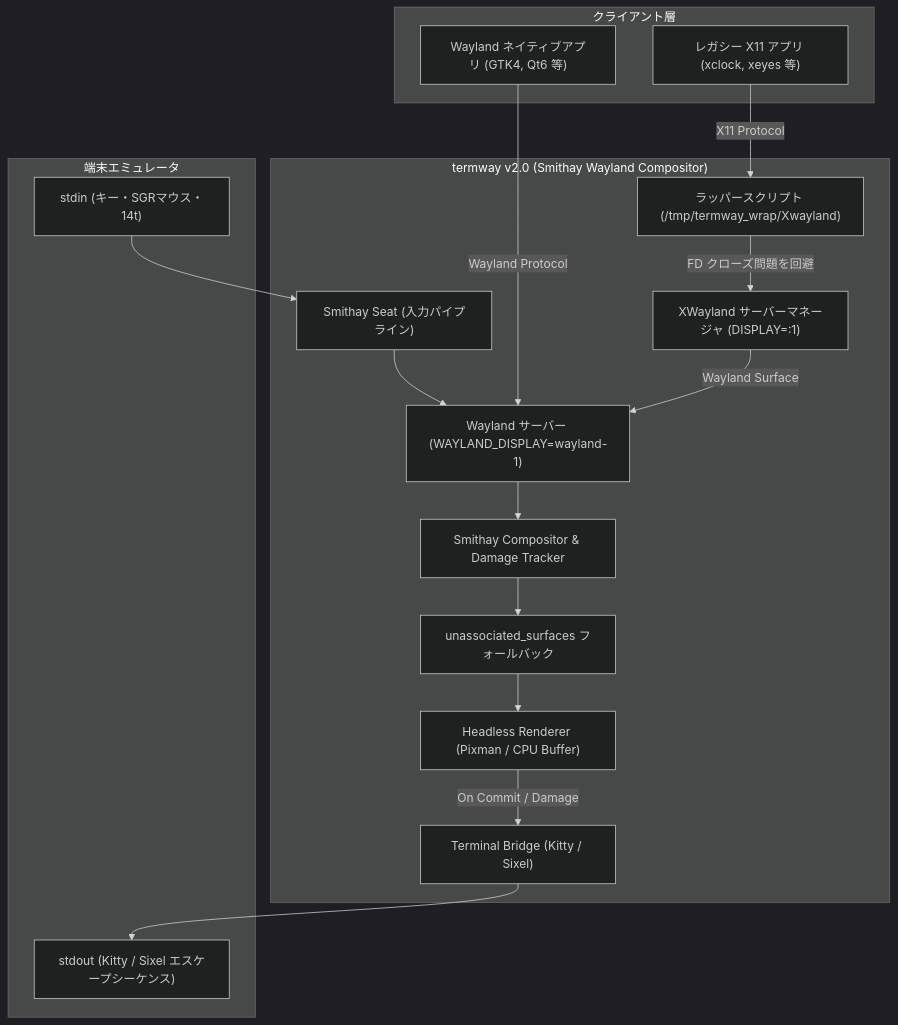
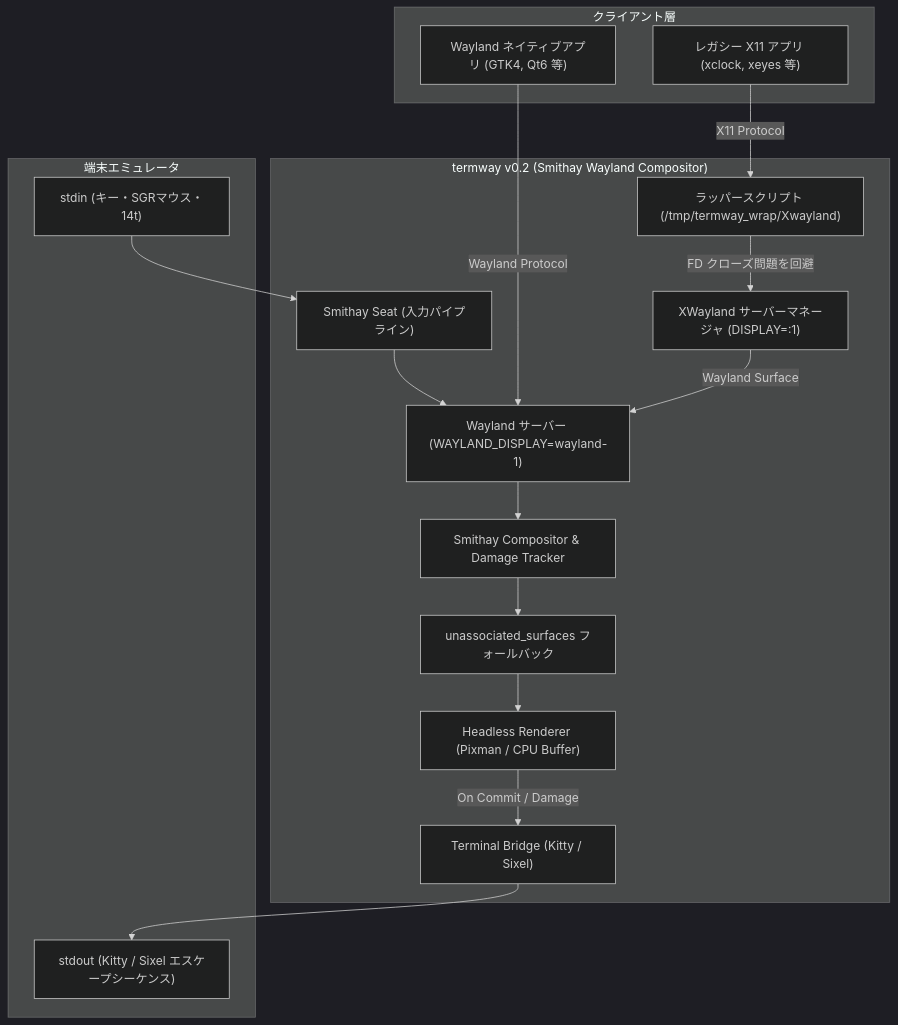
One commit to totatake/termway changed the third of 4 diagrams in docs/ARCHITECTURE.md. Above: the diagram before and after it, drawn with Mermaid (dark theme). The commit also changed other lines of this file and 3 other files, not shown here.

````diff
--- a/docs/ARCHITECTURE.md
+++ b/docs/ARCHITECTURE.md
@@ -232,35 +232,35 @@
 ```mermaid
 flowchart TD
     subgraph Clients["クライアント層"]
         WApp["Wayland ネイティブアプリ (GTK4, Qt6 等)"]
         XApp["レガシー X11 アプリ (xclock, xeyes 等)"]
     end
 
-    subgraph termway["termway v2.0 (Smithay Wayland Compositor)"]
+    subgraph termway["termway v0.2 (Smithay Wayland Compositor)"]
         XWL["XWayland サーバーマネージャ (DISPLAY=:1)"]
         Wrap["ラッパースクリプト (/tmp/termway_wrap/Xwayland)"]
         WLS["Wayland サーバー (WAYLAND_DISPLAY=wayland-1)"]
         Seat["Smithay Seat (入力パイプライン)"]
         Comp["Smithay Compositor & Damage Tracker"]
         Unassoc["unassociated_surfaces フォールバック"]
         Pixman["Headless Renderer (Pixman / CPU Buffer)"]
         TermOut["Terminal Bridge (Kitty / Sixel)"]
     end
 
     subgraph Terminal["端末エミュレータ"]
         PTYIn["stdin (キー・SGRマウス・14t)"]
         PTYOut["stdout (Kitty / Sixel エスケープシーケンス)"]
     end
 
     WApp -->|"Wayland Protocol"| WLS
     XApp -->|"X11 Protocol"| Wrap
     Wrap -->|"FD クローズ問題を回避"| XWL
     XWL -->|"Wayland Surface"| WLS
     WLS --> Comp
     Comp --> Unassoc
     Unassoc --> Pixman
     Pixman -->|"On Commit / Damage"| TermOut
     TermOut --> PTYOut
     PTYIn --> Seat
     Seat --> WLS
 ```
````
